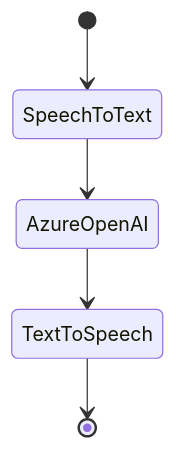
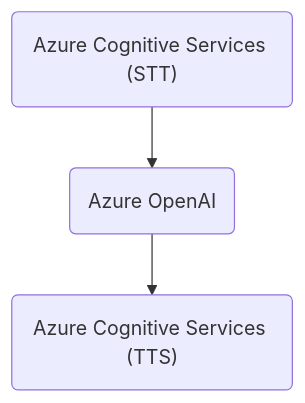
Before and after one commit to segraef/graef.io: the diagram in building-your-own-gpt-powered-ai-voice-assistant-with-azure-cognitive-services-and-openai/index.md, drawn with Mermaid. The commit also changed other lines of this file and 17 other files, not shown here.

```diff
--- a/building-your-own-gpt-powered-ai-voice-assistant-with-azure-cognitive-services-and-openai/index.md
+++ b/building-your-own-gpt-powered-ai-voice-assistant-with-azure-cognitive-services-and-openai/index.md
@@ -30,7 +34,5 @@
 {{< mermaid >}}
-stateDiagram
-    [*] --> SpeechToText
-    SpeechToText --> AzureOpenAI
-    AzureOpenAI --> TextToSpeech
-    TextToSpeech --> [*]
+graph TB
+    SpeechToText("Azure Cognitive Services (STT)") --> AzureOpenAI("Azure OpenAI")
+    AzureOpenAI --> TextToSpeech("Azure Cognitive Services (TTS)")
 {{< /mermaid >}}
```
